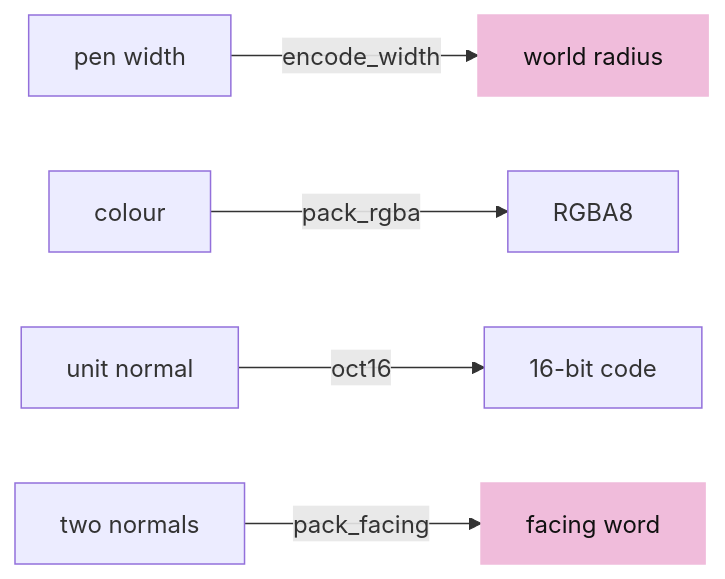
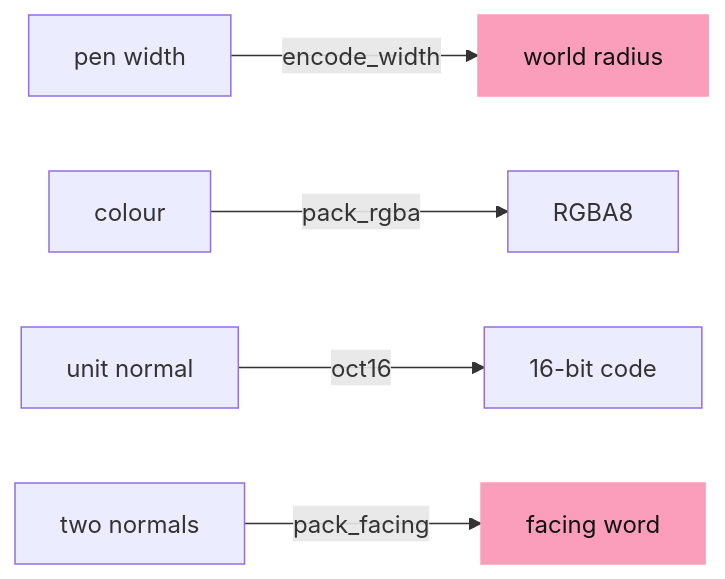
Before and after one commit to petrasvestartas/session: the third of 14 diagrams in session_viewer/docs/06-cad-contract.md, drawn with Mermaid. The commit also changed other lines of this file and 328 other files, not shown here.

First line of the commit message:
Course: the palette you sent, and mermaid drawn like the drawings

````diff
--- a/session_viewer/docs/06-cad-contract.md
+++ b/session_viewer/docs/06-cad-contract.md
@@ -65,9 +65,9 @@
 ```mermaid
 flowchart LR
     W["pen width"] -- "encode_width" --> R["world radius"]
     C["colour"] -- "pack_rgba" --> A["RGBA8"]
     N["unit normal"] -- "oct16" --> O["16-bit code"]
     P["two normals"] -- "pack_facing" --> F["facing word"]
-    style R fill:#f0bcdb,stroke:#f0bcdb,color:#111
-    style F fill:#f0bcdb,stroke:#f0bcdb,color:#111
+    style R fill:#fa9ebc,stroke:#fa9ebc,color:#111
+    style F fill:#fa9ebc,stroke:#fa9ebc,color:#111
 ```
````
